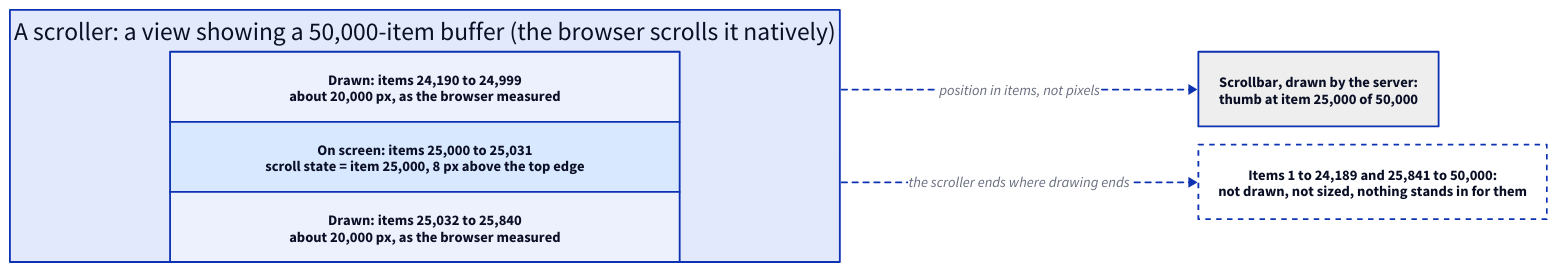
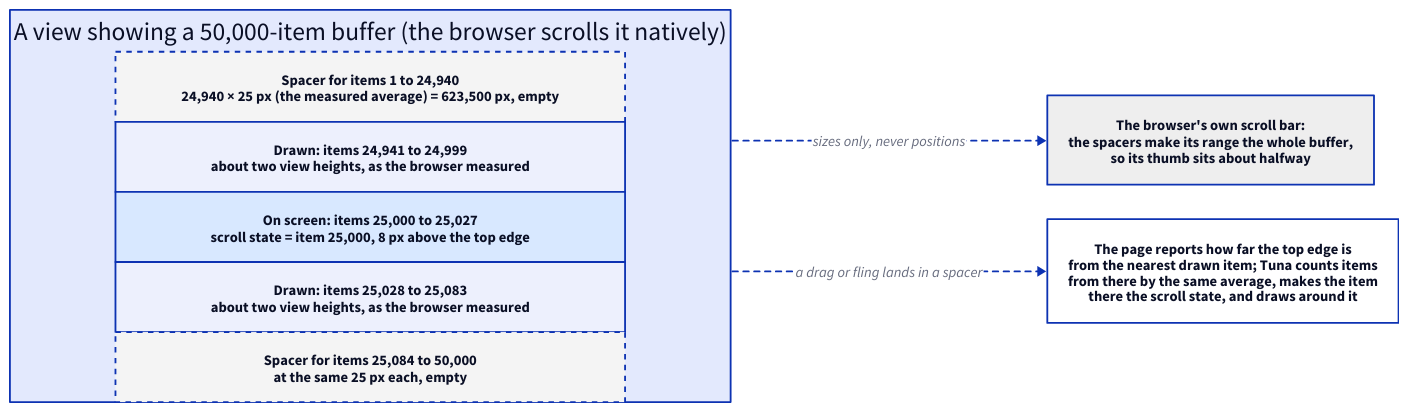
One commit to jaybonthius/tuna changed the diagram in docs/diagrams/scroller-items.d2. Above: the diagram before and after it, drawn with D2. The commit also changed 8 other files, not shown here.

Commit message:
scrolling: records for the native scroll bar (ADR 15, overview)

```diff
--- a/docs/diagrams/scroller-items.d2
+++ b/docs/diagrams/scroller-items.d2
@@ -1,33 +1,43 @@
-# What does a scroller hold? (planned)
+# What does a scroller hold? (built: native scroll bar, 2026-10-21)
 vars: {
   d2-config: {
     layout-engine: elk
     theme-id: 0
   }
 }
 direction: right
 
-scroller: "A scroller: a view showing a 50,000-item buffer (the browser scrolls it natively)" {
+scroller: "A view showing a 50,000-item buffer (the browser scrolls it natively)" {
   grid-columns: 1
   grid-gap: 0
-  above: "Drawn: items 24,190 to 24,999\nabout 20,000 px, as the browser measured" {width: 560}
-  visible: "On screen: items 25,000 to 25,031\nscroll state = item 25,000, 8 px above the top edge" {
+  spacer_above: "Spacer for items 1 to 24,940\n24,940 × 25 px (the measured average) = 623,500 px, empty" {
+    style.stroke-dash: 3
+    style.fill: "#f4f4f4"
+    width: 560
+  }
+  above: "Drawn: items 24,941 to 24,999\nabout two view heights, as the browser measured" {width: 560}
+  visible: "On screen: items 25,000 to 25,027\nscroll state = item 25,000, 8 px above the top edge" {
     style.fill: "#d8e8ff"
     style.bold: true
     width: 560
   }
-  below: "Drawn: items 25,032 to 25,840\nabout 20,000 px, as the browser measured" {width: 560}
+  below: "Drawn: items 25,028 to 25,083\nabout two view heights, as the browser measured" {width: 560}
+  spacer_below: "Spacer for items 25,084 to 50,000\nat the same 25 px each, empty" {
+    style.stroke-dash: 3
+    style.fill: "#f4f4f4"
+    width: 560
+  }
 }
 
-bar: "Scrollbar, drawn by the server:\nthumb at item 25,000 of 50,000" {
+bar: "The browser's own scroll bar:\nthe spacers make its range the whole buffer,\nso its thumb sits about halfway" {
   shape: rectangle
   style.fill: "#eeeeee"
 }
 
-nothing: "Items 1 to 24,189 and 25,841 to 50,000:\nnot drawn, not sized, nothing stands in for them" {
-  style.stroke-dash: 3
+jump: "The page reports how far the top edge is\nfrom the nearest drawn item; Tuna counts items\nfrom there by the same average, makes the item\nthere the scroll state, and draws around it" {
+  shape: rectangle
   style.fill: "#ffffff"
 }
 
-scroller -> bar: "position in items, not pixels" {style.stroke-dash: 3}
-scroller -> nothing: "the scroller ends where drawing ends" {style.stroke-dash: 3}
+scroller -> bar: "sizes only, never positions" {style.stroke-dash: 3}
+scroller -> jump: "a drag or fling lands in a spacer" {style.stroke-dash: 3}
```
